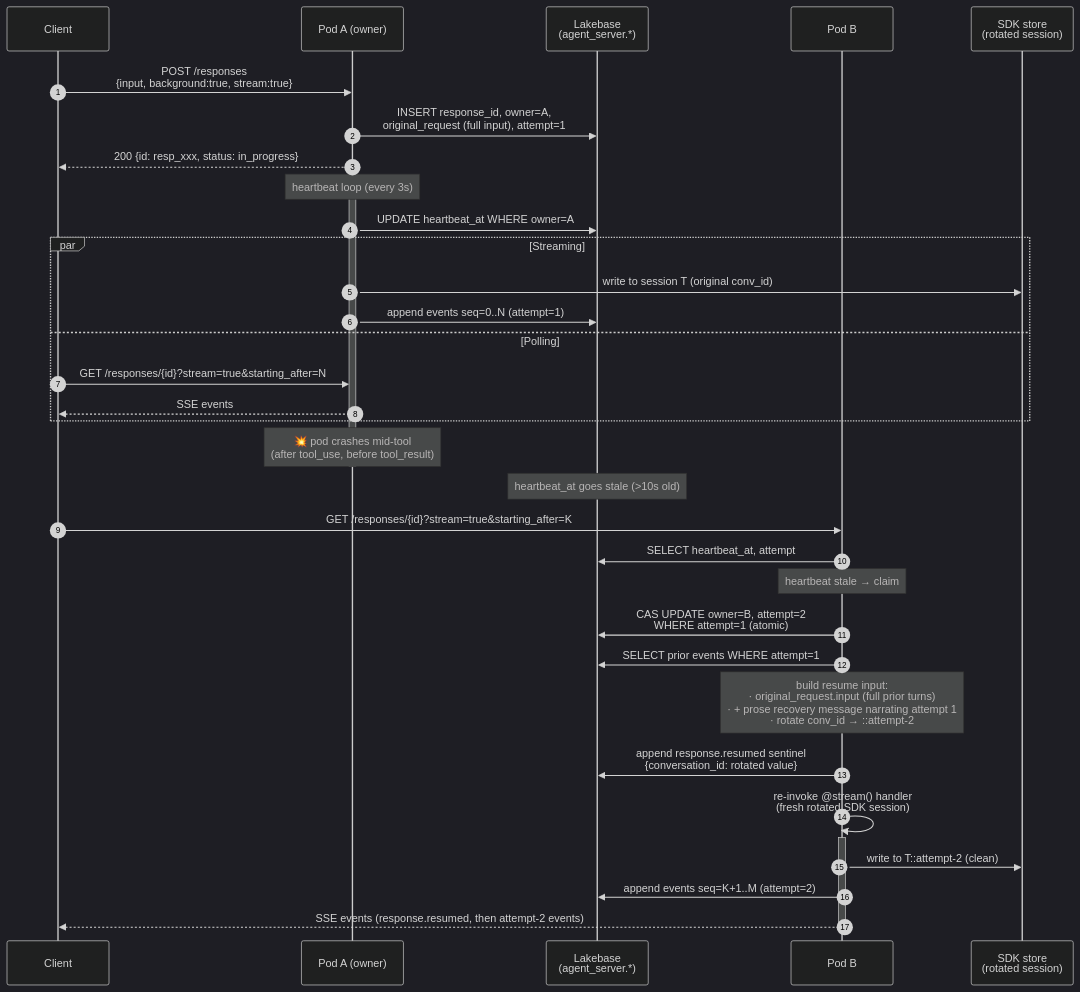
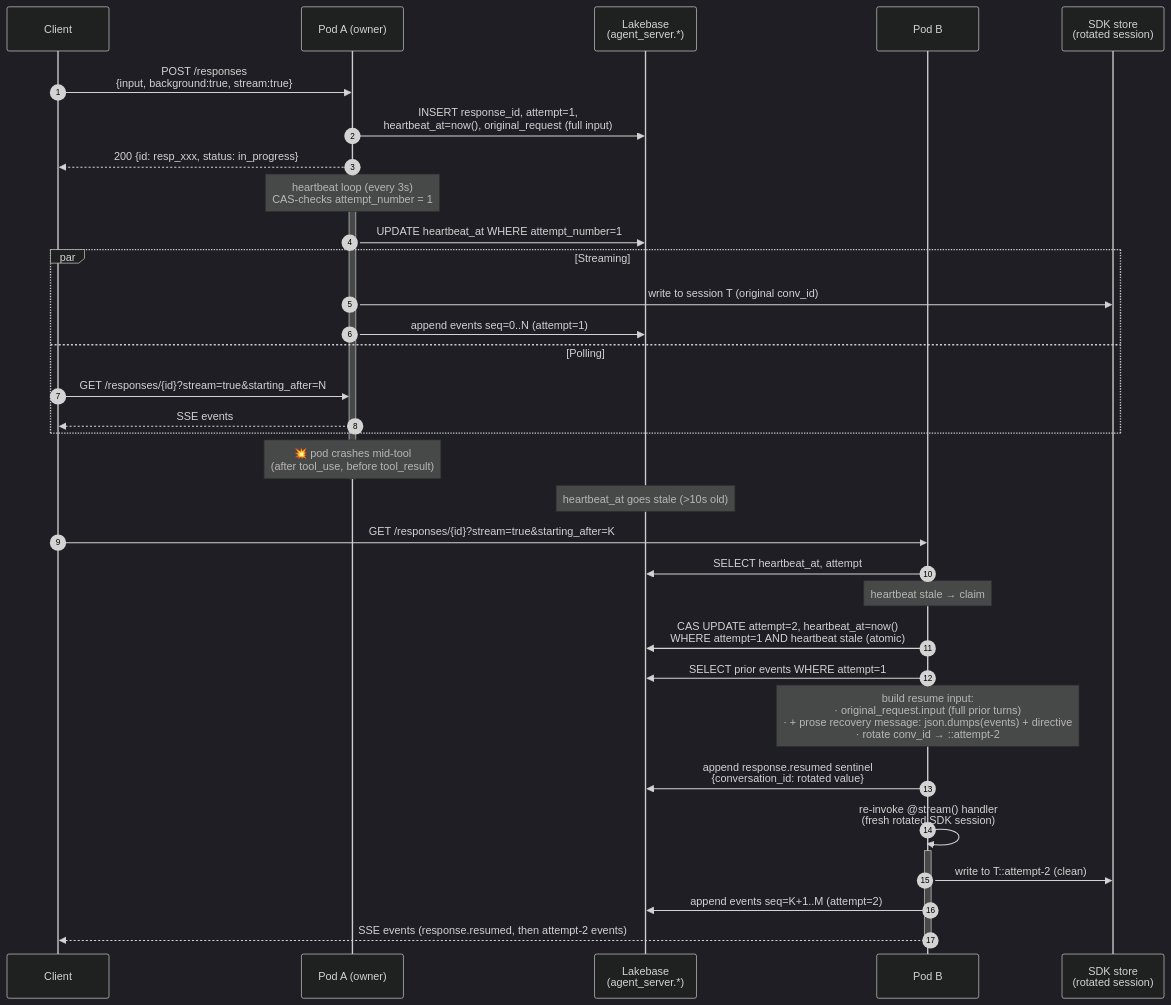
Before and after one commit to databricks/databricks-ai-bridge: the first of 9 diagrams in src/databricks_ai_bridge/long_running/AGENTS.md, drawn with Mermaid (dark theme). The commit also changed other lines of this file, not shown here.

First line of the commit message:
AGENTS.md: drop stale references; reflect current design

````diff
--- a/src/databricks_ai_bridge/long_running/AGENTS.md
+++ b/src/databricks_ai_bridge/long_running/AGENTS.md
@@ -70,42 +70,42 @@
 ```mermaid
 sequenceDiagram
     autonumber
     participant C as Client
     participant A as Pod A (owner)
     participant DB as Lakebase<br/>(agent_server.*)
     participant B as Pod B
     participant SDK as SDK store<br/>(rotated session)
 
     C->>A: POST /responses<br/>{input, background:true, stream:true}
-    A->>DB: INSERT response_id, owner=A,<br/>original_request (full input), attempt=1
+    A->>DB: INSERT response_id, attempt=1,<br/>heartbeat_at=now(), original_request (full input)
     A-->>C: 200 {id: resp_xxx, status: in_progress}
     activate A
-    Note over A: heartbeat loop (every 3s)
-    A->>DB: UPDATE heartbeat_at WHERE owner=A
+    Note over A: heartbeat loop (every 3s)<br/>CAS-checks attempt_number = 1
+    A->>DB: UPDATE heartbeat_at WHERE attempt_number=1
 
     par Streaming
         A->>SDK: write to session T (original conv_id)
         A->>DB: append events seq=0..N (attempt=1)
     and Polling
         C->>A: GET /responses/{id}?stream=true&starting_after=N
         A-->>C: SSE events
     end
 
     Note over A: 💥 pod crashes mid-tool<br/>(after tool_use, before tool_result)
     deactivate A
     Note over DB: heartbeat_at goes stale (>10s old)
 
     C->>B: GET /responses/{id}?stream=true&starting_after=K
     B->>DB: SELECT heartbeat_at, attempt
     Note over B: heartbeat stale → claim
-    B->>DB: CAS UPDATE owner=B, attempt=2<br/>WHERE attempt=1 (atomic)
+    B->>DB: CAS UPDATE attempt=2, heartbeat_at=now()<br/>WHERE attempt=1 AND heartbeat stale (atomic)
     B->>DB: SELECT prior events WHERE attempt=1
-    Note over B: build resume input:<br/>· original_request.input (full prior turns)<br/>· + prose recovery message narrating attempt 1<br/>· rotate conv_id → ::attempt-2
+    Note over B: build resume input:<br/>· original_request.input (full prior turns)<br/>· + prose recovery message: json.dumps(events) + directive<br/>· rotate conv_id → ::attempt-2
     B->>DB: append response.resumed sentinel<br/>{conversation_id: rotated value}
     B->>B: re-invoke @stream() handler<br/>(fresh rotated SDK session)
     activate B
     B->>SDK: write to T::attempt-2 (clean)
     B->>DB: append events seq=K+1..M (attempt=2)
     B-->>C: SSE events (response.resumed, then attempt-2 events)
     deactivate B
 ```
````
